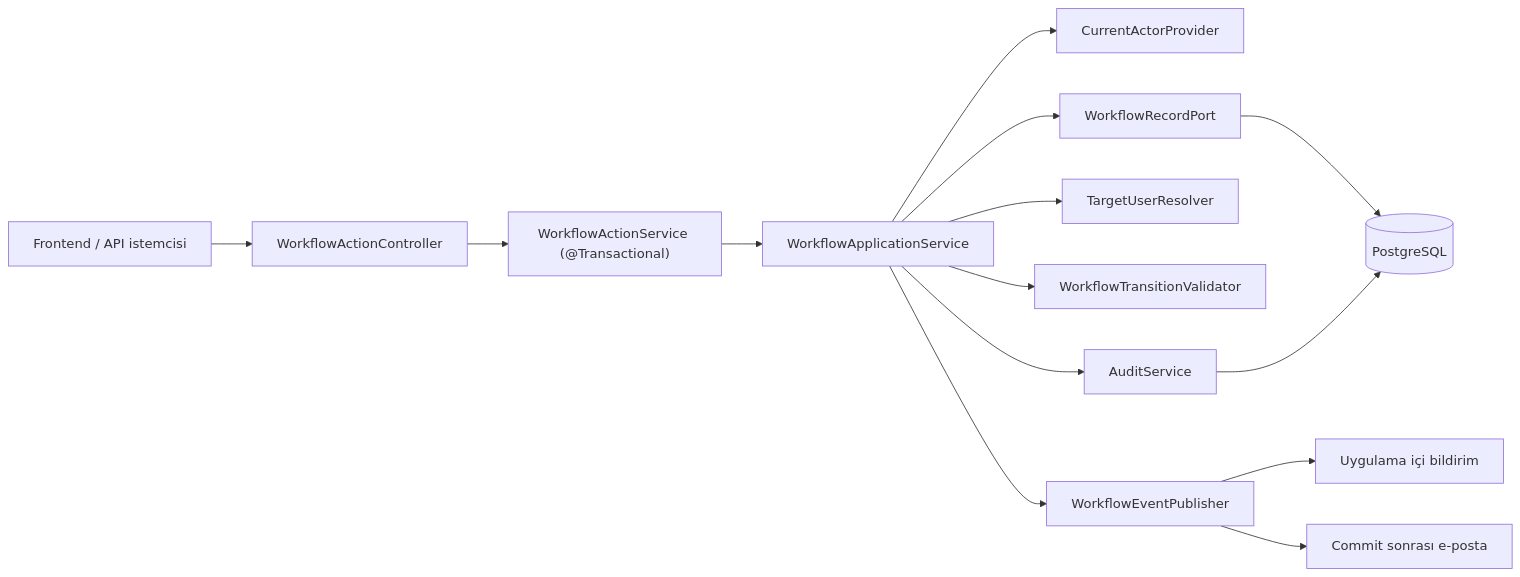
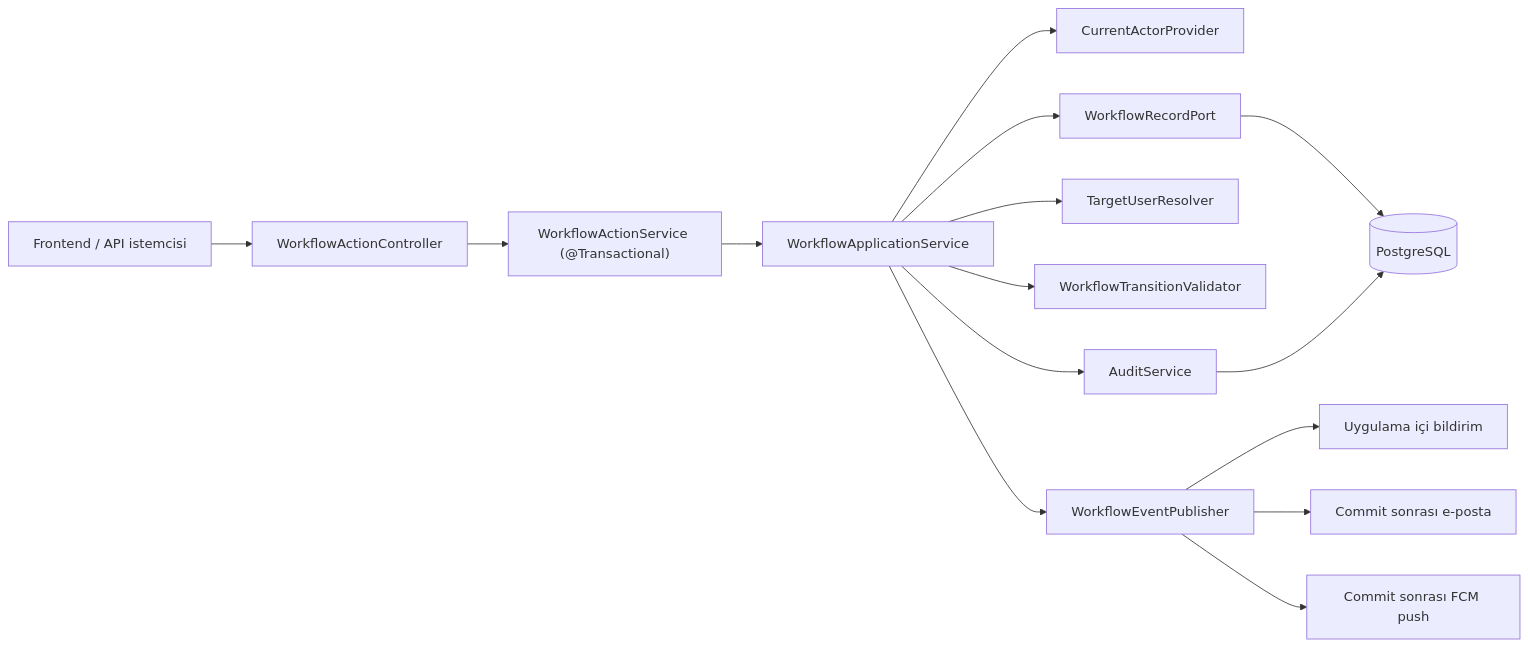
The first of 3 diagrams in docs/workflow.md (btkstajyer26/WorkFlowProject), drawn with Mermaid before and after one commit. The commit also changed other lines of this file and 18 other files, not shown here.

````diff
--- a/docs/workflow.md
+++ b/docs/workflow.md
@@ -52,16 +52,17 @@
 ```mermaid
 flowchart LR
     CLIENT["Frontend / API istemcisi"] --> CONTROLLER["WorkflowActionController"]
     CONTROLLER --> TX["WorkflowActionService (@Transactional)"]
     TX --> APP["WorkflowApplicationService"]
     APP --> ACTOR["CurrentActorProvider"]
     APP --> RECORD["WorkflowRecordPort"]
     APP --> TARGET["TargetUserResolver"]
     APP --> VALIDATOR["WorkflowTransitionValidator"]
     APP --> AUDIT["AuditService"]
     APP --> EVENT["WorkflowEventPublisher"]
     RECORD --> DB[(PostgreSQL)]
     AUDIT --> DB
     EVENT --> INAPP["Uygulama içi bildirim"]
     EVENT --> MAIL["Commit sonrası e-posta"]
+    EVENT --> PUSH["Commit sonrası FCM push"]
 ```
````
